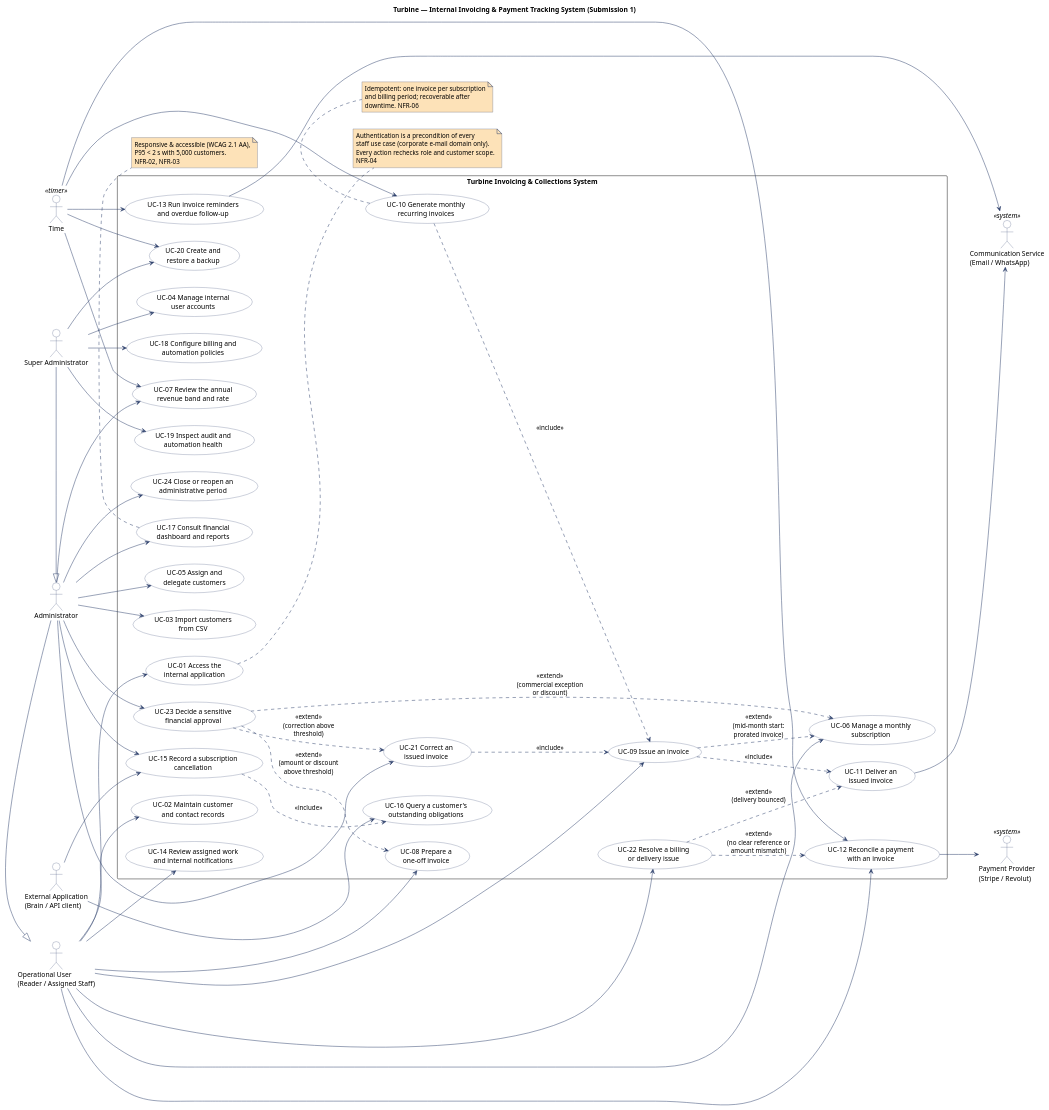
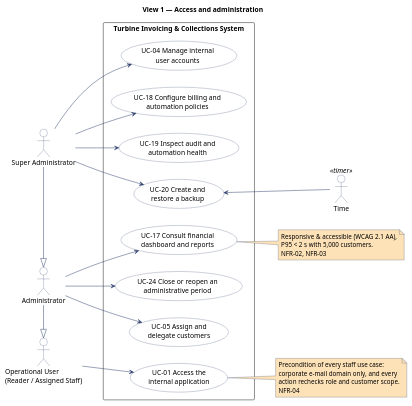
The first of 4 diagrams in doc/src/use-case-diagram.pu (atrevete-adap/adap-project), drawn with PlantUML before and after one commit. The commit also changed other lines of this file and 6 other files, not shown here.

First line of the commit message:
docs: split use case diagram into four views (#8)

```diff
--- a/doc/src/use-case-diagram.pu
+++ b/doc/src/use-case-diagram.pu
@@ -1,157 +9,71 @@
-@startuml
+@startuml use-case-diagram-1-administration
 left to right direction
 
 skinparam shadowing false
 skinparam packageStyle rectangle
 skinparam usecase {
     BackgroundColor #FFFFFF
     BorderColor #2B3E6A
     FontColor #000000
 }
 skinparam actor {
     BackgroundColor #FFFFFF
     BorderColor #2B3E6A
     FontColor #000000
 }
 skinparam note {
     BackgroundColor #FDE2B8
     BorderColor #2B3E6A
     FontColor #000000
 }
 skinparam arrow {
     Color #2B3E6A
 }
 
-title Turbine — Internal Invoicing & Payment Tracking System (Submission 1)
+title View 1 — Access and administration
 
 '=== Actors ===
-' Primary actors (internal staff). Generalization: every Administrator can do what
-' an Operational User does, and every Super Administrator what an Administrator does.
 actor "Operational User\n(Reader / Assigned Staff)" as OpUser
 actor "Administrator" as Admin
 actor "Super Administrator" as SuperAdmin
+actor "Time" as Time <<timer>>
 Admin -|> OpUser
 SuperAdmin -|> Admin
 
-' Primary actors (non-human initiators)
-actor "Time" as Time <<timer>>
-actor "External Application\n(Brain / API client)" as ExtApp
-
-' Secondary (supporting) actors — simulated in this exercise
-actor "Payment Provider\n(Stripe / Revolut)" as PayProv <<system>>
-actor "Communication Service\n(Email / WhatsApp)" as CommSrv <<system>>
-
 '=== System Boundary ===
 rectangle "Turbine Invoicing & Collections System" {
-    '=== Use Cases ===
-    ' Access and administration
     usecase "UC-01 Access the\ninternal application" as UC01
     usecase "UC-04 Manage internal\nuser accounts" as UC04
     usecase "UC-05 Assign and\ndelegate customers" as UC05
+    usecase "UC-17 Consult financial\ndashboard and reports" as UC17
     usecase "UC-18 Configure billing and\nautomation policies" as UC18
     usecase "UC-19 Inspect audit and\nautomation health" as UC19
     usecase "UC-20 Create and\nrestore a backup" as UC20
-
-    ' Customers and subscriptions
-    usecase "UC-02 Maintain customer\nand contact records" as UC02
-    usecase "UC-03 Import customers\nfrom CSV" as UC03
-    usecase "UC-06 Manage a monthly\nsubscription" as UC06
-    usecase "UC-07 Review the annual\nrevenue band and rate" as UC07
-    usecase "UC-15 Record a subscription\ncancellation" as UC15
-    usecase "UC-16 Query a customer's\noutstanding obligations" as UC16
-
-    ' Invoicing
-    usecase "UC-08 Prepare a\none-off invoice" as UC08
-    usecase "UC-09 Issue an invoice" as UC09
-    usecase "UC-10 Generate monthly\nrecurring invoices" as UC10
-    usecase "UC-11 Deliver an\nissued invoice" as UC11
-    usecase "UC-21 Correct an\nissued invoice" as UC21
-    usecase "UC-23 Decide a sensitive\nfinancial approval" as UC23
     usecase "UC-24 Close or reopen an\nadministrative period" as UC24
-
-    ' Collections and follow-up
-    usecase "UC-12 Reconcile a payment\nwith an invoice" as UC12
-    usecase "UC-13 Run invoice reminders\nand overdue follow-up" as UC13
-    usecase "UC-14 Review assigned work\nand internal notifications" as UC14
-    usecase "UC-22 Resolve a billing\nor delivery issue" as UC22
-    usecase "UC-17 Consult financial\ndashboard and reports" as UC17
 }
 
 '=== Relationships ===
-' Operational User (inherited by Administrator and Super Administrator)
 OpUser --> UC01
-OpUser --> UC02
-OpUser --> UC06
-OpUser --> UC08
-OpUser --> UC09
-OpUser --> UC12
-OpUser --> UC14
-OpUser --> UC22
-
-' Administrator
-Admin --> UC03
 Admin --> UC05
-Admin --> UC07
-Admin --> UC15
 Admin --> UC17
-Admin --> UC21
-Admin --> UC23
 Admin --> UC24
-
-' Super Administrator
 SuperAdmin --> UC04
 SuperAdmin --> UC18
 SuperAdmin --> UC19
 SuperAdmin --> UC20
+UC20 <-- Time
 
-' Time-triggered processes
-Time --> UC07
-Time --> UC10
-Time --> UC12
-Time --> UC13
-Time --> UC20
-
-' External application (API)
-ExtApp --> UC15
-ExtApp --> UC16
-
-' Secondary actors
-UC12 --> PayProv
-UC11 --> CommSrv
-UC13 --> CommSrv
-
-' <<include>>: behavior that is ALWAYS reused
-UC10 ..> UC09 : <<include>>
-UC21 ..> UC09 : <<include>>
-UC09 ..> UC11 : <<include>>
-UC15 ..> UC16 : <<include>>
-
-' <<extend>>: optional behavior inserted under a condition
-UC09 ..> UC06 : <<extend>>\n(mid-month start:\nprorated invoice)
-UC23 ..> UC08 : <<extend>>\n(amount or discount\nabove threshold)
-UC23 ..> UC06 : <<extend>>\n(commercial exception\nor discount)
-UC23 ..> UC21 : <<extend>>\n(correction above\nthreshold)
-UC22 ..> UC11 : <<extend>>\n(delivery bounced)
-UC22 ..> UC12 : <<extend>>\n(no clear reference or\namount mismatch)
-
-'=== Notes (quality constraints, not use cases) ===
 note right of UC01
-  Authentication is a precondition of every
-  staff use case (corporate e-mail domain only).
-  Every action rechecks role and customer scope.
+  Precondition of every staff use case:
+  corporate e-mail domain only, and every
+  action rechecks role and customer scope.
   NFR-04
 end note
 
-note bottom of UC10
-  Idempotent: one invoice per subscription
-  and billing period; recoverable after
-  downtime. NFR-06
-end note
-
-note bottom of UC17
+note right of UC17
   Responsive & accessible (WCAG 2.1 AA),
   P95 < 2 s with 5,000 customers.
   NFR-02, NFR-03
 end note
 
 @enduml
```
